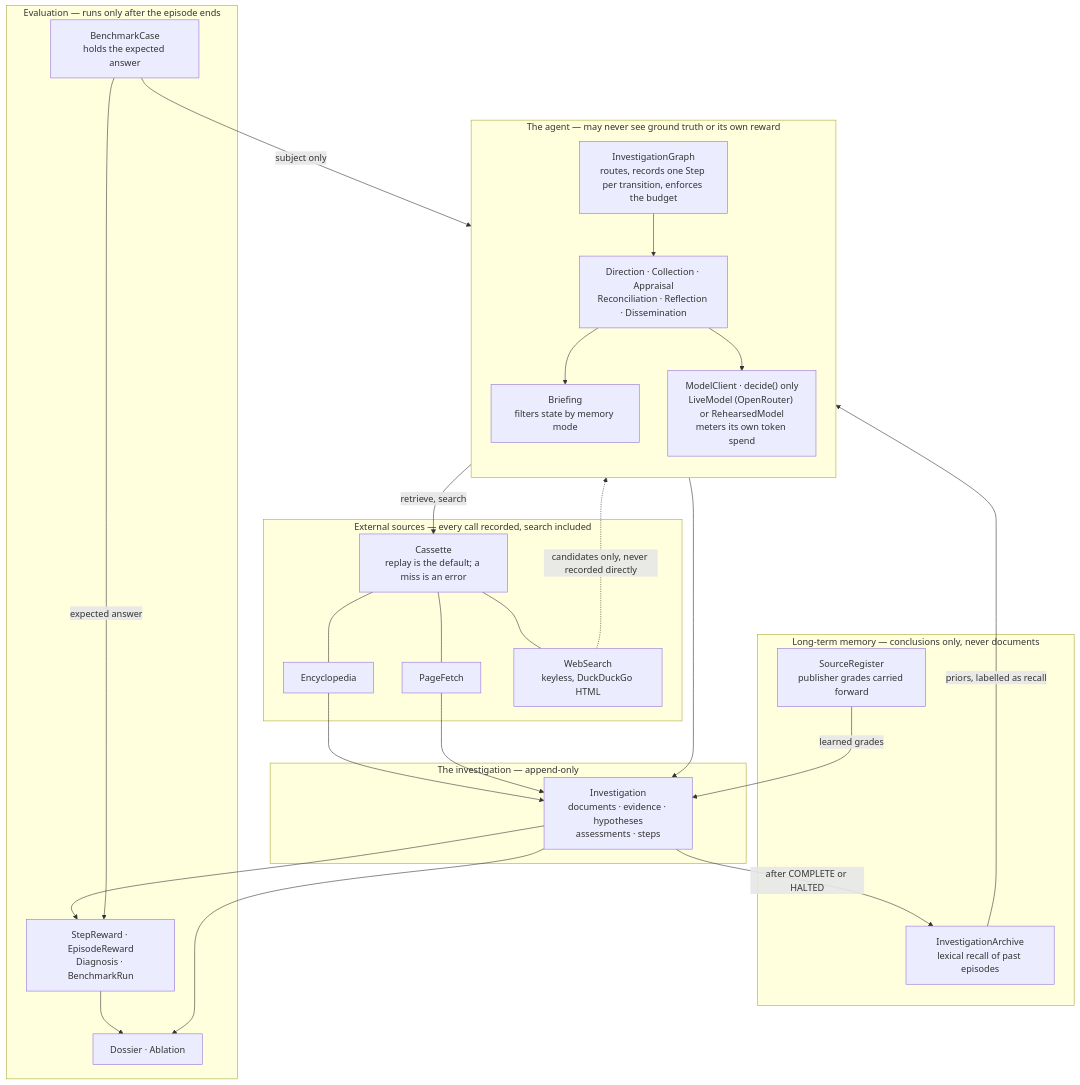
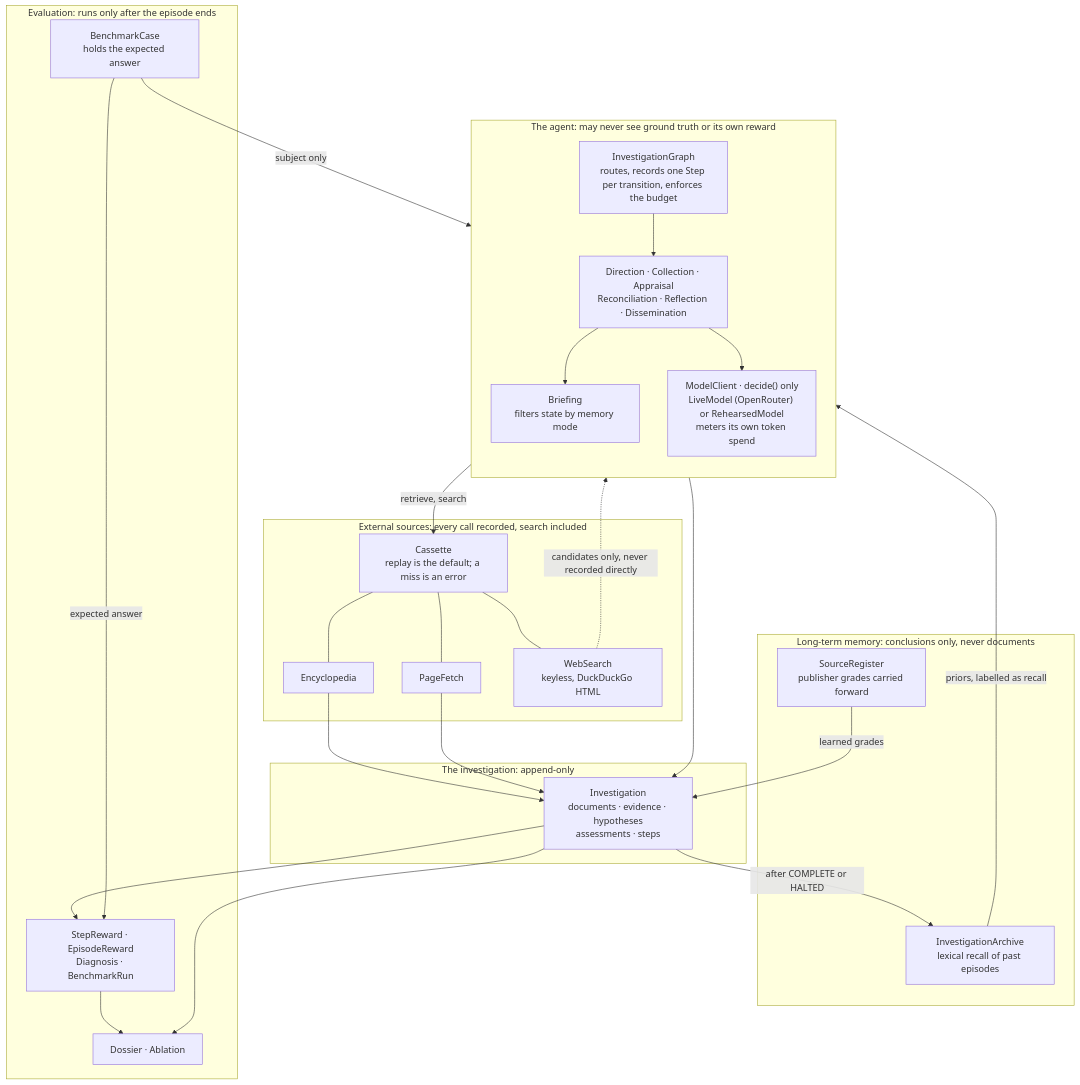
Before and after one commit to Kritantasasanroy/agentic-osint-harness: the second of 2 diagrams in docs/architecture.md, drawn with Mermaid. The commit also changed other lines of this file and 5 other files, not shown here.

````diff
--- a/docs/architecture.md
+++ b/docs/architecture.md
@@ -41,52 +42,52 @@
 ```mermaid
 flowchart TB
-    subgraph agent["The agent — may never see ground truth or its own reward"]
+    subgraph agent["The agent: may never see ground truth or its own reward"]
         direction TB
         MACHINE["InvestigationGraph<br/>routes, records one Step per transition, enforces the budget"]
         PHASES["Direction · Collection · Appraisal<br/>Reconciliation · Reflection · Dissemination"]
         BRIEF["Briefing<br/>filters state by memory mode"]
         MODEL["ModelClient · decide() only<br/>LiveModel (OpenRouter) or RehearsedModel<br/>meters its own token spend"]
         MACHINE --> PHASES
         PHASES --> BRIEF
         PHASES --> MODEL
     end
 
-    subgraph outside["External sources — every call recorded, search included"]
+    subgraph outside["External sources: every call recorded, search included"]
         CASS["Cassette<br/>replay is the default; a miss is an error"]
         ENC["Encyclopedia"]
         PAGE["PageFetch"]
         SEARCH["WebSearch<br/>keyless, DuckDuckGo HTML"]
         CASS --- ENC
         CASS --- PAGE
         CASS --- SEARCH
     end
 
-    subgraph mem["Long-term memory — conclusions only, never documents"]
+    subgraph mem["Long-term memory: conclusions only, never documents"]
         ARCH["InvestigationArchive<br/>lexical recall of past episodes"]
         REG["SourceRegister<br/>publisher grades carried forward"]
     end
 
-    subgraph record["The investigation — append-only"]
+    subgraph record["The investigation: append-only"]
         INV["Investigation<br/>documents · evidence · hypotheses<br/>assessments · steps"]
     end
 
-    subgraph eval["Evaluation — runs only after the episode ends"]
+    subgraph eval["Evaluation: runs only after the episode ends"]
         CASE["BenchmarkCase<br/>holds the expected answer"]
         SCORE["StepReward · EpisodeReward<br/>Diagnosis · BenchmarkRun"]
         REPORT["Dossier · Ablation"]
     end
 
     PHASES -->|"retrieve, search"| CASS
     ENC --> INV
     PAGE --> INV
     SEARCH -.->|"candidates only, never recorded directly"| PHASES
     ARCH -->|"priors, labelled as recall"| BRIEF
     REG -->|"learned grades"| INV
     PHASES --> INV
     INV -->|"after COMPLETE or HALTED"| ARCH
     INV --> SCORE
     CASE -->|"subject only"| MACHINE
     CASE -->|"expected answer"| SCORE
     SCORE --> REPORT
     INV --> REPORT
 ```
````
